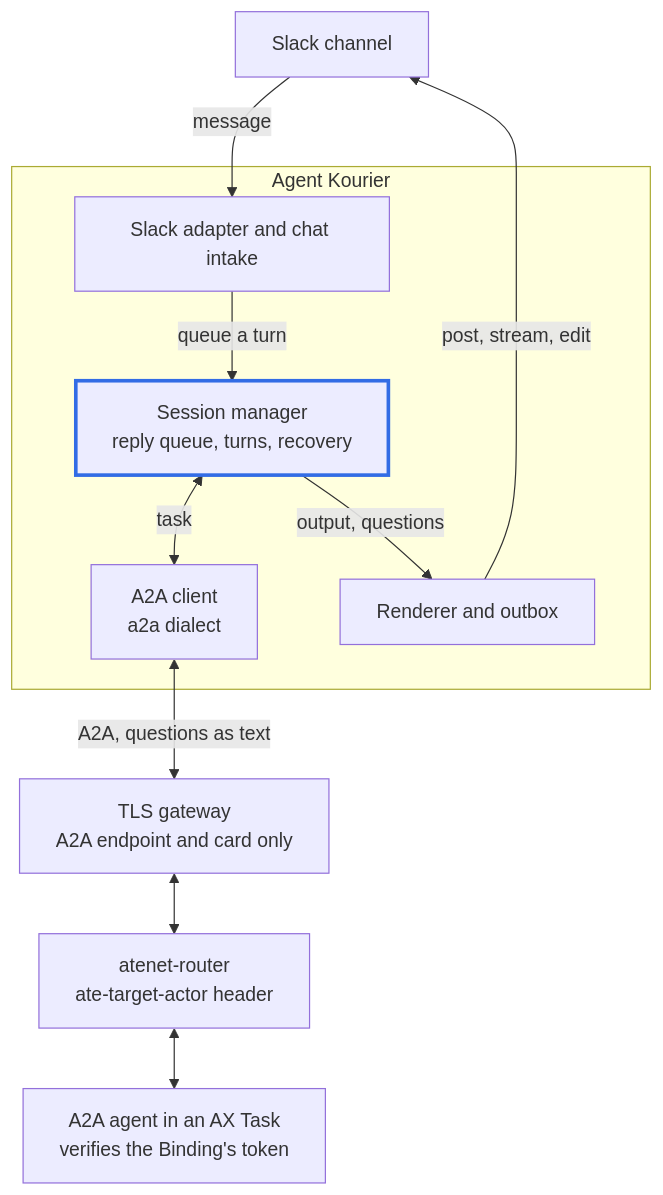
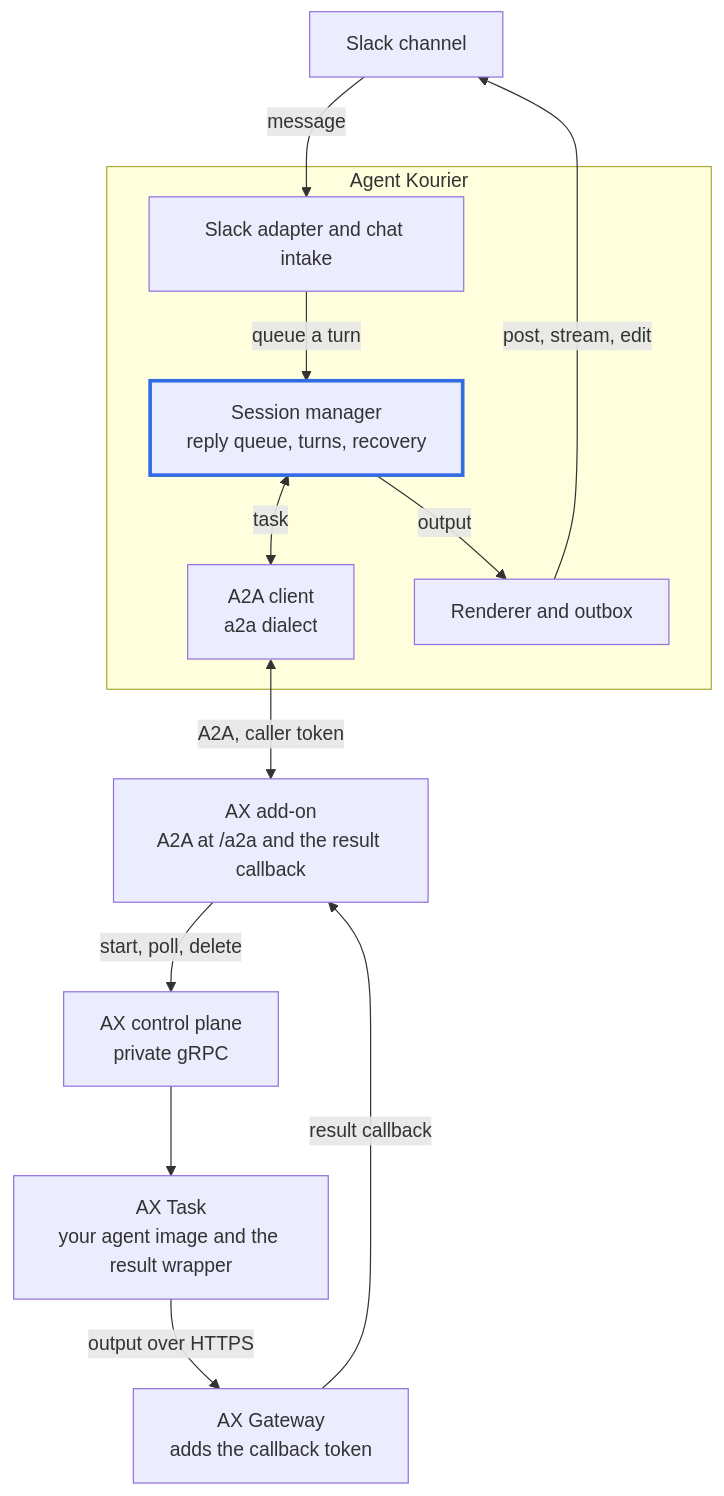
The third of 6 diagrams in docs/explanation/architecture.md (agentkourier/agent-kourier), drawn with Mermaid before and after one commit. The commit also changed other lines of this file and 13 other files, not shown here.

Commit message:
docs: describe the AX add-on as the Task launcher where pages still called it an ADK agent (#453)

````diff
--- a/docs/explanation/architecture.md
+++ b/docs/explanation/architecture.md
@@ -68,25 +70,28 @@
 ```mermaid
 flowchart TB
     Slack["Slack channel"]
     subgraph AK["Agent Kourier"]
         Intake["Slack adapter and chat intake"]
         Session["Session manager<br/>reply queue, turns, recovery"]
         Client["A2A client<br/>a2a dialect"]
         Render["Renderer and outbox"]
     end
-    Gateway["TLS gateway<br/>A2A endpoint and card only"]
-    Router["atenet-router<br/>ate-target-actor header"]
-    Agent["A2A agent in an AX Task<br/>verifies the Binding's token"]
+    Launcher["AX add-on<br/>A2A at /a2a and the result callback"]
+    Control["AX control plane<br/>private gRPC"]
+    Task["AX Task<br/>your agent image and the result wrapper"]
+    Gateway["AX Gateway<br/>adds the callback token"]
 
     Slack -->|message| Intake
     Intake -->|queue a turn| Session
     Session <-->|task| Client
-    Client <-->|A2A, questions as text| Gateway
-    Gateway <--> Router
-    Router <--> Agent
-    Session -->|output, questions| Render
+    Client <-->|A2A, caller token| Launcher
+    Launcher -->|start, poll, delete| Control
+    Control --> Task
+    Task -->|output over HTTPS| Gateway
+    Gateway -->|result callback| Launcher
+    Session -->|output| Render
     Render -->|post, stream, edit| Slack
 
     classDef core stroke:#326CE5,stroke-width:3px
     class Session core
 ```
````
